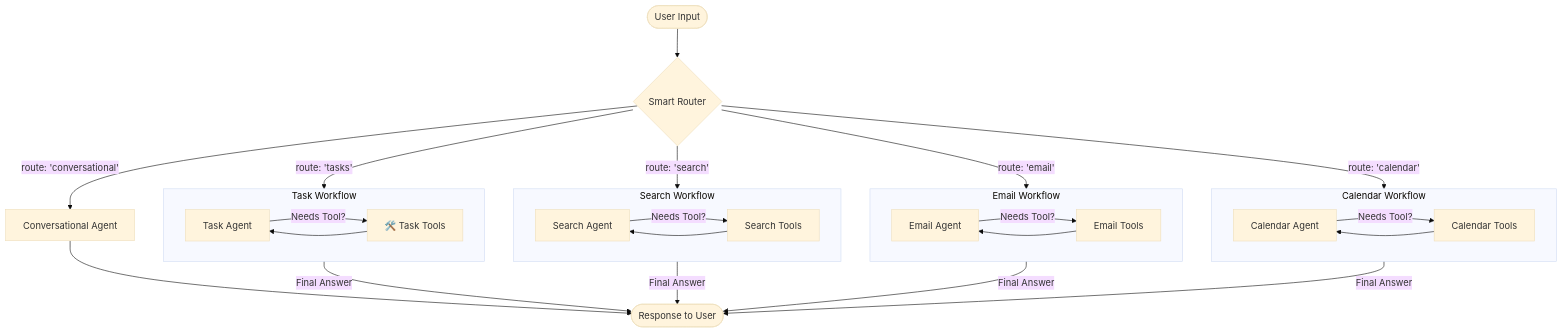
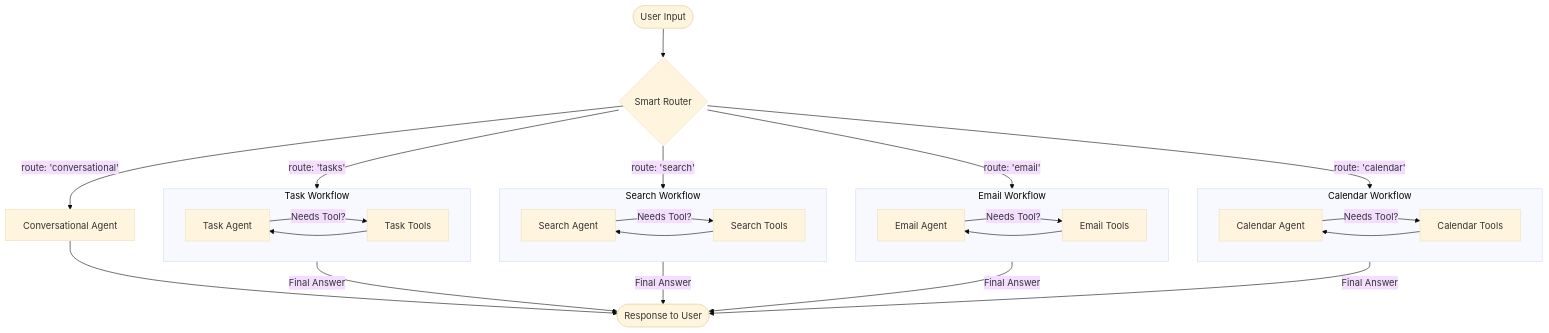
One commit to berkyalkn/ai-personal-assistant changed the diagram in README.md. Above: the diagram before and after it, drawn with Mermaid (base theme). The commit also changed other lines of this file, not shown here.

````diff
--- a/README.md
+++ b/README.md
@@ -52,40 +55,40 @@
 ```mermaid
 graph TD
     UserInput(["User Input"]) --> Router{"Smart Router"};
 
     Router -- route: 'calendar' --> CalendarAgent[Calendar Agent];
     Router -- route: 'email' --> EmailAgent[Email Agent];
     Router -- route: 'search' --> SearchAgent[Search Agent];
     Router -- route: 'tasks' --> TaskAgent[Task Agent];
     Router -- route: 'conversational' --> ConversationalAgent[Conversational Agent];
 
     subgraph Calendar Workflow
         direction LR
         CalendarAgent -- "Needs Tool?" --> CalendarTools[Calendar Tools];
         CalendarTools --> CalendarAgent;
     end
 
     subgraph Email Workflow
         direction LR
         EmailAgent -- "Needs Tool?" --> EmailTools[Email Tools];
         EmailTools --> EmailAgent;
     end
 
     subgraph Search Workflow
         direction LR
         SearchAgent -- "Needs Tool?" --> SearchTools[Search Tools];
         SearchTools --> SearchAgent;
     end
 
     subgraph Task Workflow
         direction LR
-        TaskAgent -- "Needs Tool?" --> TaskTools[🛠️ Task Tools];
+        TaskAgent -- "Needs Tool?" --> TaskTools[Task Tools];
         TaskTools --> TaskAgent;
     end
     
     CalendarAgent -- "Final Answer" --> EndPoint([Response to User]);
     EmailAgent -- "Final Answer" --> EndPoint;
     SearchAgent -- "Final Answer" --> EndPoint;
     TaskAgent -- "Final Answer" --> EndPoint;
     ConversationalAgent --> EndPoint;
 ```
````
